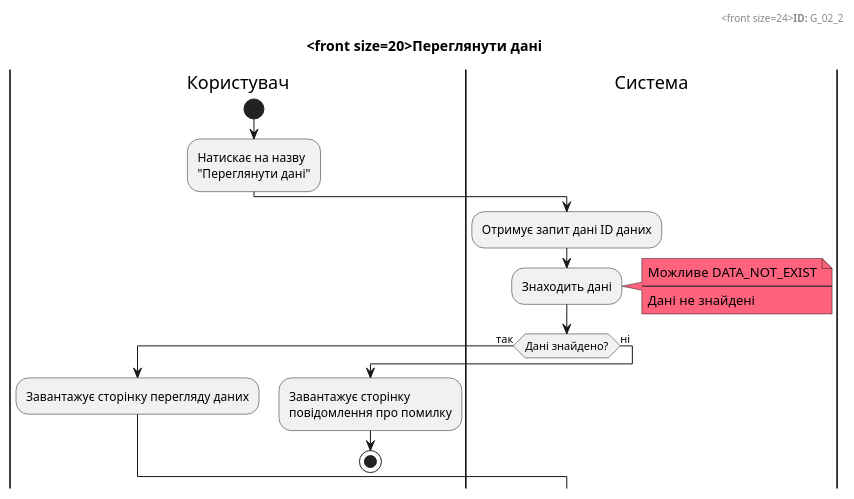
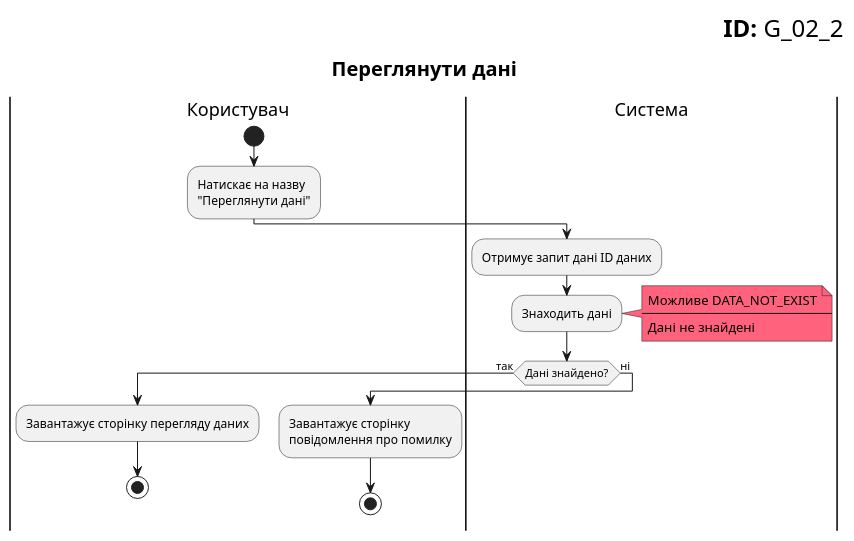
One commit to kkatkot/Theme2 changed the seventh of 15 diagrams in docs/use cases/README.md. Above: the diagram before and after it, drawn with PlantUML. The commit also changed other lines of this file, not shown here.

```diff
--- a/docs/use cases/README.md
+++ b/docs/use cases/README.md
@@ -348,32 +348,32 @@
 @startuml
 
     right header
-        <front size=24><b>ID:</b> G_02_2
+        <font size=24 color=black><b>ID:</b> G_02_2
     end header
 
     title
-        <front size=20>Переглянути дані
+        <font size=20>Переглянути дані
     end title
 
     |Користувач|
     start
     :Натискає на назву\n"Переглянути дані";
     
     |Система|
     :Отримує запит дані ID даних;
     :Знаходить дані;
     note right #ff627d
         Можливе DATA_NOT_EXIST
         ----
         Дані не знайдені
     end note    
     if (Дані знайдено?) then (так) 
         |Користувач|
         :Завантажує сторінку перегляду даних;
+        stop
     else (ні)
         |Користувач|
         :Завантажує сторінку\nповідомлення про помилку;
-
-    stop
+        stop
 
 @enduml
```
